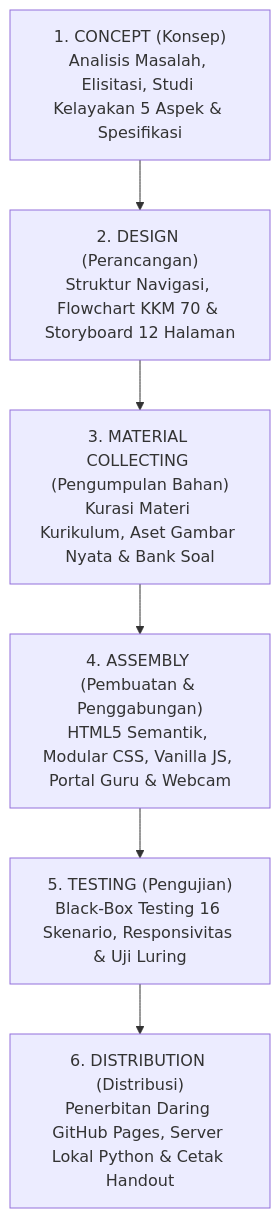
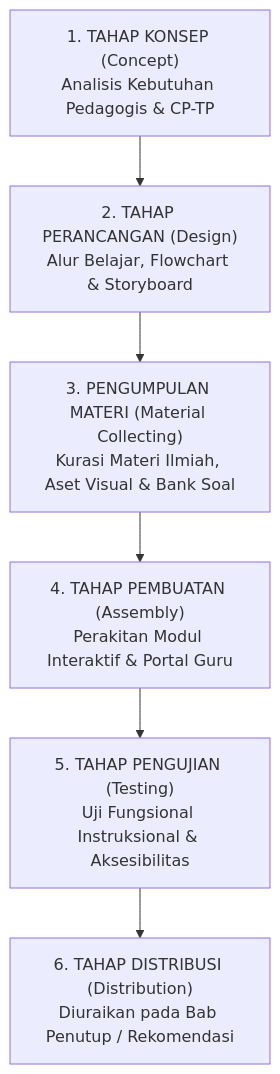
The first of 4 diagrams in LAPORAN_PENGEMBANGAN_MULTIMEDIA.md (Nurun05/Website_multimedia-pembelajaran), drawn with Mermaid before and after one commit. The commit also changed other lines of this file and 2 other files, not shown here.

````diff
--- a/LAPORAN_PENGEMBANGAN_MULTIMEDIA.md
+++ b/LAPORAN_PENGEMBANGAN_MULTIMEDIA.md
@@ -326,8 +308,8 @@
 ```mermaid
 flowchart TD
-    A["1. CONCEPT (Konsep)<br>Analisis Masalah, Elisitasi, Studi Kelayakan 5 Aspek & Spesifikasi"] --> B["2. DESIGN (Perancangan)<br>Struktur Navigasi, Flowchart KKM 70 & Storyboard 12 Halaman"]
-    B --> C["3. MATERIAL COLLECTING (Pengumpulan Bahan)<br>Kurasi Materi Kurikulum, Aset Gambar Nyata & Bank Soal"]
-    C --> D["4. ASSEMBLY (Pembuatan & Penggabungan)<br>HTML5 Semantik, Modular CSS, Vanilla JS, Portal Guru & Webcam"]
-    D --> E["5. TESTING (Pengujian)<br>Black-Box Testing 16 Skenario, Responsivitas & Uji Luring"]
-    E --> F["6. DISTRIBUTION (Distribusi)<br>Penerbitan Daring GitHub Pages, Server Lokal Python & Cetak Handout"]
+    A["1. TAHAP KONSEP (Concept)<br>Analisis Kebutuhan Pedagogis & CP-TP"] --> B["2. TAHAP PERANCANGAN (Design)<br>Alur Belajar, Flowchart & Storyboard"]
+    B --> C["3. PENGUMPULAN MATERI (Material Collecting)<br>Kurasi Materi Ilmiah, Aset Visual & Bank Soal"]
+    C --> D["4. TAHAP PEMBUATAN (Assembly)<br>Perakitan Modul Interaktif & Portal Guru"]
+    D --> E["5. TAHAP PENGUJIAN (Testing)<br>Uji Fungsional Instruksional & Aksesibilitas"]
+    E --> F["6. TAHAP DISTRIBUSI (Distribution)<br>Diuraikan pada Bab Penutup / Rekomendasi"]
 ```
````
